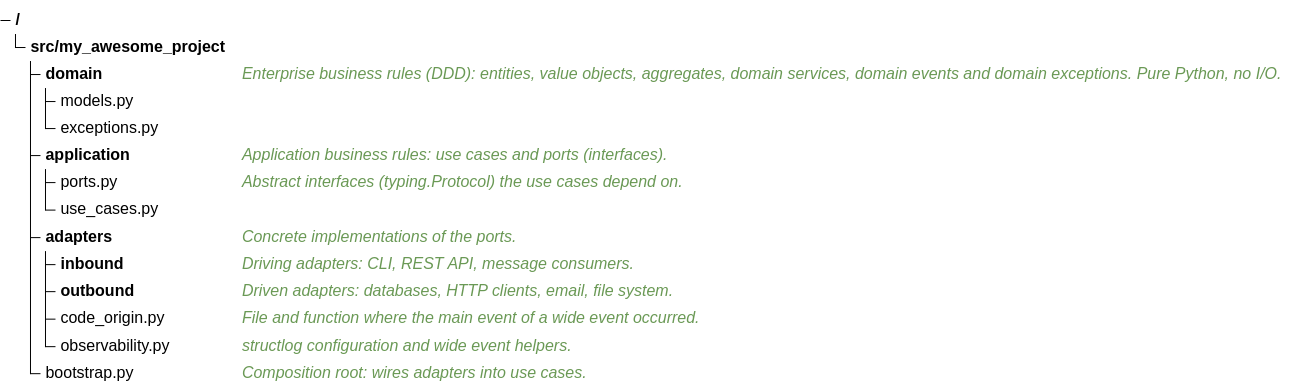
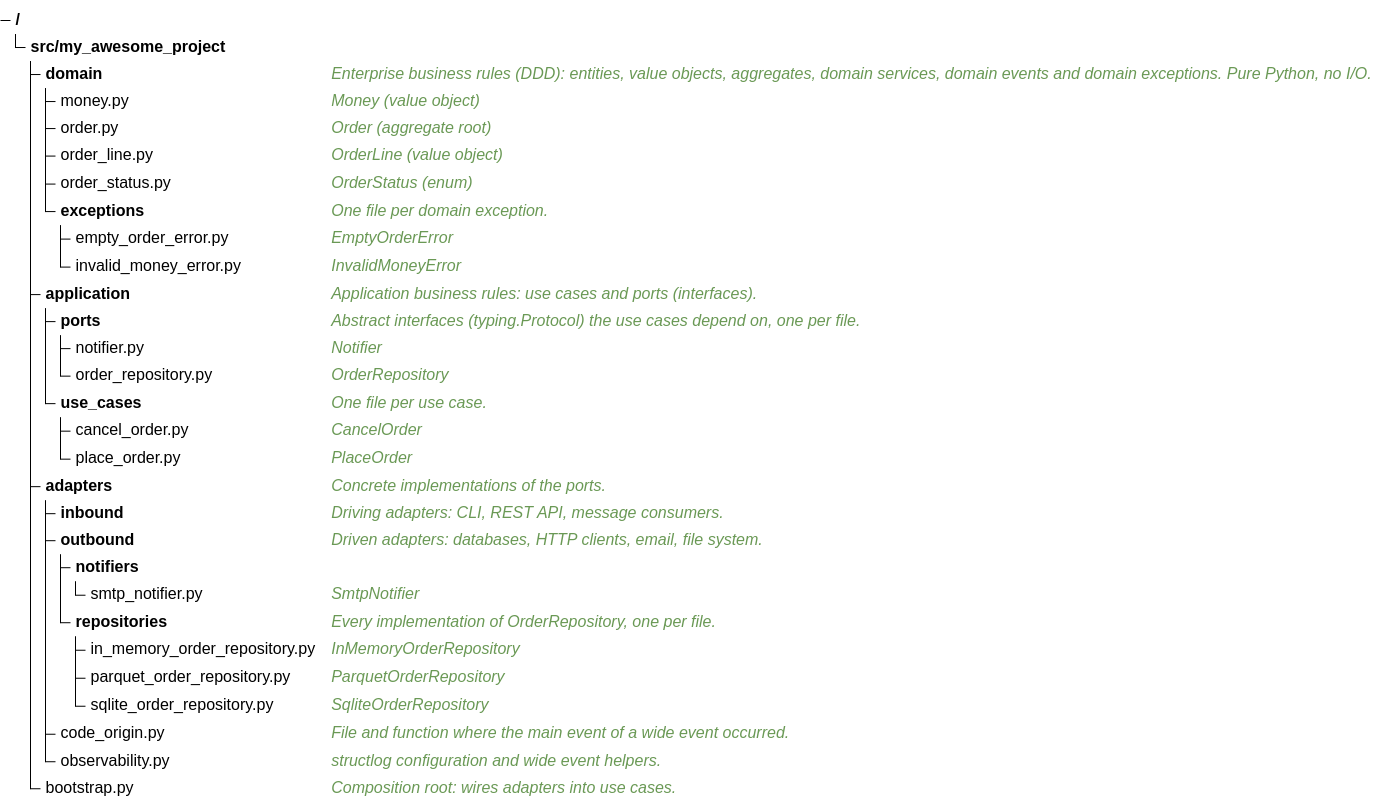
Before and after one commit to rodrigo-cl-porto/python-project-template: the second of 2 diagrams in .agents/skills/architecture-standards/SKILL.md, drawn with Mermaid. The commit also changed other lines of this file and 12 other files, not shown here.

First line of the commit message:
docs: clarify architecture and Claude guidance

````diff
--- a/.agents/skills/architecture-standards/SKILL.md
+++ b/.agents/skills/architecture-standards/SKILL.md
@@ -54,16 +56,31 @@
 ```mermaid
 treeView-beta
 src/my_awesome_project/
     domain/ ## Enterprise business rules (DDD): entities, value objects, aggregates, domain services, domain events and domain exceptions. Pure Python, no I/O.
-        models.py
-        exceptions.py
+        money.py ## Money (value object)
+        order.py ## Order (aggregate root)
+        order_line.py ## OrderLine (value object)
+        order_status.py ## OrderStatus (enum)
+        exceptions/ ## One file per domain exception.
+            empty_order_error.py ## EmptyOrderError
+            invalid_money_error.py ## InvalidMoneyError
     application/ ## Application business rules: use cases and ports (interfaces).
-        ports.py ## Abstract interfaces (typing.Protocol) the use cases depend on.
-        use_cases.py
+        ports/ ## Abstract interfaces (typing.Protocol) the use cases depend on, one per file.
+            notifier.py ## Notifier
+            order_repository.py ## OrderRepository
+        use_cases/ ## One file per use case.
+            cancel_order.py ## CancelOrder
+            place_order.py ## PlaceOrder
     adapters/ ## Concrete implementations of the ports.
         inbound/ ## Driving adapters: CLI, REST API, message consumers.
         outbound/ ## Driven adapters: databases, HTTP clients, email, file system.
+            notifiers/
+                smtp_notifier.py ## SmtpNotifier
+            repositories/ ## Every implementation of OrderRepository, one per file.
+                in_memory_order_repository.py ## InMemoryOrderRepository
+                parquet_order_repository.py ## ParquetOrderRepository
+                sqlite_order_repository.py ## SqliteOrderRepository
         code_origin.py ## File and function where the main event of a wide event occurred.
         observability.py ## structlog configuration and wide event helpers.
     bootstrap.py ## Composition root: wires adapters into use cases.
 ```
````
